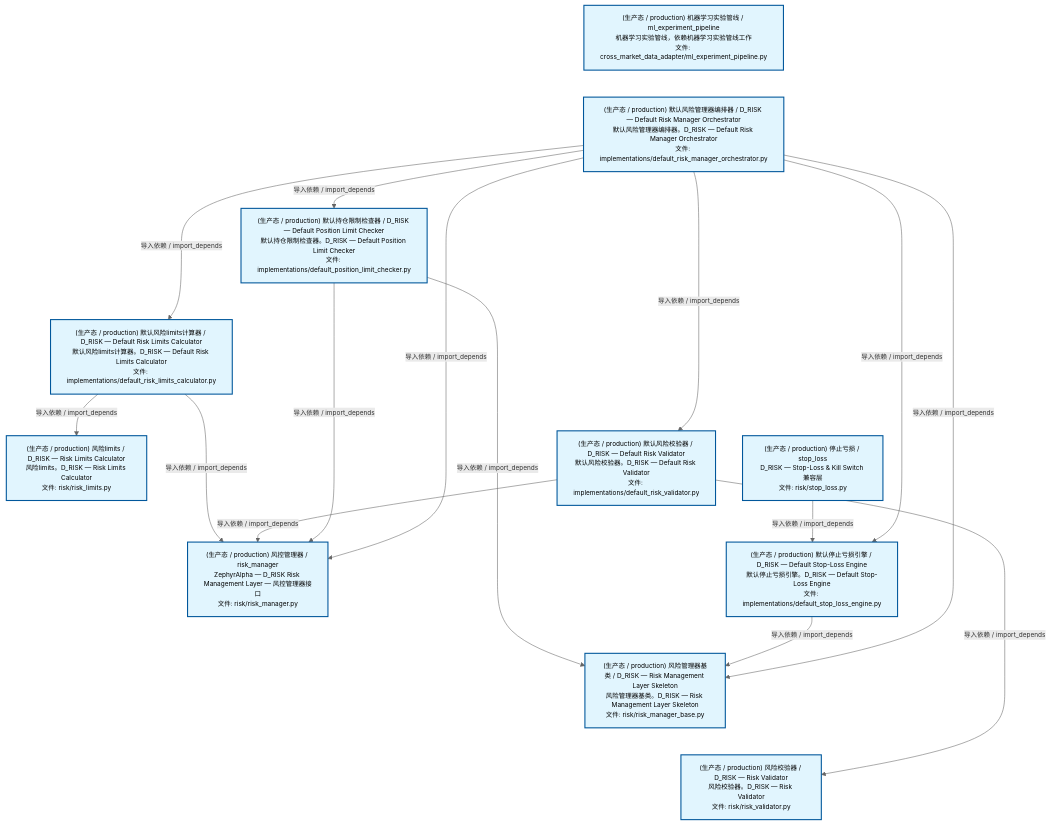
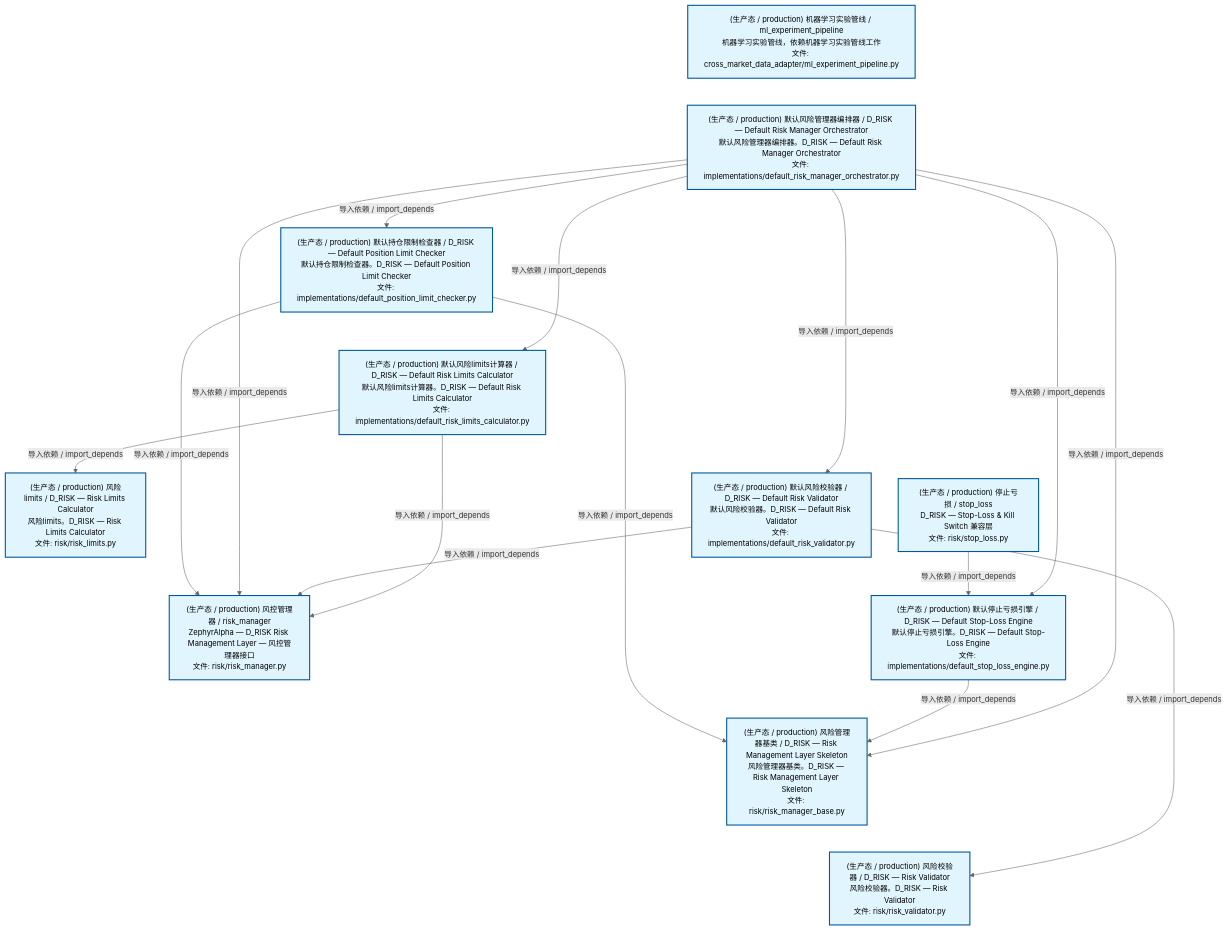
Before and after one commit to xuanFelixVan/ZephyrAlpha: the second of 4 diagrams in docs/02_enterprise_architecture/02_domain_architecture_docs/65_d_risk.md, drawn with Mermaid. The commit also changed other lines of this file and 61 other files, not shown here.

````diff
--- a/docs/02_enterprise_architecture/02_domain_architecture_docs/65_d_risk.md
+++ b/docs/02_enterprise_architecture/02_domain_architecture_docs/65_d_risk.md
@@ -134,42 +134,42 @@
 ```mermaid
-%%{init: {'theme': 'base', 'themeVariables': {'primaryColor': '#eaeaea', 'primaryTextColor': '#333333', 'primaryBorderColor': '#666666', 'lineColor': '#666666', 'secondaryColor': '#eaeaea', 'tertiaryColor': '#eaeaea', 'fontSize': '12px'}}}%%
+%%{init: {'theme': 'base', 'themeVariables': {'primaryColor': '#eaeaea', 'primaryTextColor': '#333333', 'primaryBorderColor': '#666666', 'lineColor': '#666666', 'secondaryColor': '#eaeaea', 'tertiaryColor': '#eaeaea', 'fontSize': '14px'}}}%%
 flowchart TD
     src_zephyr_risk_cross_asset_cross_market_data_adapter_ml_experiment_pipeline_py["(生产态 / production) 机器学习实验管线 / ml_experiment_pipeline<br/>机器学习实验管线，依赖机器学习实验管线工作<br/>文件: cross_market_data_adapter/ml_experiment_pipeline.py"]
     src_zephyr_risk_implementations_default_risk_manager_orchestrator_py["(生产态 / production) 默认风险管理器编排器 / D_RISK — Default Risk Manager Orchestrator<br/>默认风险管理器编排器。D_RISK — Default Risk Manager Orchestrator<br/>文件: implementations/default_risk_manager_orchestrator.py"]
     src_zephyr_risk_stop_loss_py["(生产态 / production) 停止亏损 / stop_loss<br/>D_RISK — Stop-Loss & Kill Switch 兼容层<br/>文件: risk/stop_loss.py"]
     src_zephyr_risk_cross_asset_cross_market_data_adapter_ml_experiment_pipeline_py ~~~ src_zephyr_risk_implementations_default_risk_manager_orchestrator_py
     src_zephyr_risk_implementations_default_risk_manager_orchestrator_py ~~~ src_zephyr_risk_stop_loss_py
     src_zephyr_risk_implementations_default_position_limit_checker_py["(生产态 / production) 默认持仓限制检查器 / D_RISK — Default Position Limit Checker<br/>默认持仓限制检查器。D_RISK — Default Position Limit Checker<br/>文件: implementations/default_position_limit_checker.py"]
     src_zephyr_risk_implementations_default_risk_limits_calculator_py["(生产态 / production) 默认风险limits计算器 / D_RISK — Default Risk Limits Calculator<br/>默认风险limits计算器。D_RISK — Default Risk Limits Calculator<br/>文件: implementations/default_risk_limits_calculator.py"]
     src_zephyr_risk_implementations_default_risk_validator_py["(生产态 / production) 默认风险校验器 / D_RISK — Default Risk Validator<br/>默认风险校验器。D_RISK — Default Risk Validator<br/>文件: implementations/default_risk_validator.py"]
     src_zephyr_risk_implementations_default_stop_loss_engine_py["(生产态 / production) 默认停止亏损引擎 / D_RISK — Default Stop-Loss Engine<br/>默认停止亏损引擎。D_RISK — Default Stop-Loss Engine<br/>文件: implementations/default_stop_loss_engine.py"]
     src_zephyr_risk_implementations_default_position_limit_checker_py ~~~ src_zephyr_risk_implementations_default_risk_limits_calculator_py
     src_zephyr_risk_implementations_default_risk_limits_calculator_py ~~~ src_zephyr_risk_implementations_default_risk_validator_py
     src_zephyr_risk_implementations_default_risk_validator_py ~~~ src_zephyr_risk_implementations_default_stop_loss_engine_py
     src_zephyr_risk_risk_limits_py["(生产态 / production) 风险limits / D_RISK — Risk Limits Calculator<br/>风险limits。D_RISK — Risk Limits Calculator<br/>文件: risk/risk_limits.py"]
     src_zephyr_risk_risk_manager_py["(生产态 / production) 风控管理器 / risk_manager<br/>ZephyrAlpha — D_RISK Risk Management Layer — 风控管理器接口<br/>文件: risk/risk_manager.py"]
     src_zephyr_risk_risk_manager_base_py["(生产态 / production) 风险管理器基类 / D_RISK — Risk Management Layer Skeleton<br/>风险管理器基类。D_RISK — Risk Management Layer Skeleton<br/>文件: risk/risk_manager_base.py"]
     src_zephyr_risk_risk_validator_py["(生产态 / production) 风险校验器 / D_RISK — Risk Validator<br/>风险校验器。D_RISK — Risk Validator<br/>文件: risk/risk_validator.py"]
     src_zephyr_risk_risk_limits_py ~~~ src_zephyr_risk_risk_manager_py
     src_zephyr_risk_risk_manager_py ~~~ src_zephyr_risk_risk_manager_base_py
     src_zephyr_risk_risk_manager_base_py ~~~ src_zephyr_risk_risk_validator_py
     src_zephyr_risk_stop_loss_py -->|导入依赖 / import_depends| src_zephyr_risk_implementations_default_stop_loss_engine_py
+    src_zephyr_risk_implementations_default_position_limit_checker_py -->|导入依赖 / import_depends| src_zephyr_risk_risk_manager_py
+    src_zephyr_risk_implementations_default_position_limit_checker_py -->|导入依赖 / import_depends| src_zephyr_risk_risk_manager_base_py
+    src_zephyr_risk_implementations_default_stop_loss_engine_py -->|导入依赖 / import_depends| src_zephyr_risk_risk_manager_base_py
+    src_zephyr_risk_implementations_default_risk_manager_orchestrator_py -->|导入依赖 / import_depends| src_zephyr_risk_risk_manager_py
+    src_zephyr_risk_implementations_default_risk_manager_orchestrator_py -->|导入依赖 / import_depends| src_zephyr_risk_risk_manager_base_py
+    src_zephyr_risk_implementations_default_risk_manager_orchestrator_py -->|导入依赖 / import_depends| src_zephyr_risk_implementations_default_position_limit_checker_py
+    src_zephyr_risk_implementations_default_risk_manager_orchestrator_py -->|导入依赖 / import_depends| src_zephyr_risk_implementations_default_stop_loss_engine_py
+    src_zephyr_risk_implementations_default_risk_manager_orchestrator_py -->|导入依赖 / import_depends| src_zephyr_risk_implementations_default_risk_validator_py
+    src_zephyr_risk_implementations_default_risk_manager_orchestrator_py -->|导入依赖 / import_depends| src_zephyr_risk_implementations_default_risk_limits_calculator_py
+    src_zephyr_risk_implementations_default_risk_validator_py -->|导入依赖 / import_depends| src_zephyr_risk_risk_validator_py
+    src_zephyr_risk_implementations_default_risk_validator_py -->|导入依赖 / import_depends| src_zephyr_risk_risk_manager_py
     src_zephyr_risk_implementations_default_risk_limits_calculator_py -->|导入依赖 / import_depends| src_zephyr_risk_risk_limits_py
     src_zephyr_risk_implementations_default_risk_limits_calculator_py -->|导入依赖 / import_depends| src_zephyr_risk_risk_manager_py
-    src_zephyr_risk_implementations_default_risk_validator_py -->|导入依赖 / import_depends| src_zephyr_risk_risk_validator_py
-    src_zephyr_risk_implementations_default_risk_validator_py -->|导入依赖 / import_depends| src_zephyr_risk_risk_manager_py
-    src_zephyr_risk_implementations_default_position_limit_checker_py -->|导入依赖 / import_depends| src_zephyr_risk_risk_manager_base_py
-    src_zephyr_risk_implementations_default_position_limit_checker_py -->|导入依赖 / import_depends| src_zephyr_risk_risk_manager_py
-    src_zephyr_risk_implementations_default_stop_loss_engine_py -->|导入依赖 / import_depends| src_zephyr_risk_risk_manager_base_py
-    src_zephyr_risk_implementations_default_risk_manager_orchestrator_py -->|导入依赖 / import_depends| src_zephyr_risk_risk_manager_base_py
-    src_zephyr_risk_implementations_default_risk_manager_orchestrator_py -->|导入依赖 / import_depends| src_zephyr_risk_risk_manager_py
-    src_zephyr_risk_implementations_default_risk_manager_orchestrator_py -->|导入依赖 / import_depends| src_zephyr_risk_implementations_default_risk_limits_calculator_py
-    src_zephyr_risk_implementations_default_risk_manager_orchestrator_py -->|导入依赖 / import_depends| src_zephyr_risk_implementations_default_risk_validator_py
-    src_zephyr_risk_implementations_default_risk_manager_orchestrator_py -->|导入依赖 / import_depends| src_zephyr_risk_implementations_default_position_limit_checker_py
-    src_zephyr_risk_implementations_default_risk_manager_orchestrator_py -->|导入依赖 / import_depends| src_zephyr_risk_implementations_default_stop_loss_engine_py
     classDef production fill:#e1f5fe,stroke:#01579b,stroke-width:2px,color:#000
     classDef design fill:#fff3e0,stroke:#e65100,stroke-width:2px,color:#000,stroke-dasharray: 5 5
     classDef external_prod fill:#e8f4fd,stroke:#0277bd,stroke-width:1px,color:#000
     classDef external_design fill:#fff8e7,stroke:#ef6c00,stroke-width:1px,color:#000,stroke-dasharray: 5 5
     class src_zephyr_risk_cross_asset_cross_market_data_adapter_ml_experiment_pipeline_py,src_zephyr_risk_implementations_default_position_limit_checker_py,src_zephyr_risk_implementations_default_risk_limits_calculator_py,src_zephyr_risk_implementations_default_risk_manager_orchestrator_py,src_zephyr_risk_implementations_default_risk_validator_py,src_zephyr_risk_implementations_default_stop_loss_engine_py,src_zephyr_risk_risk_limits_py,src_zephyr_risk_risk_manager_py,src_zephyr_risk_risk_manager_base_py,src_zephyr_risk_risk_validator_py,src_zephyr_risk_stop_loss_py production
 ```
````
